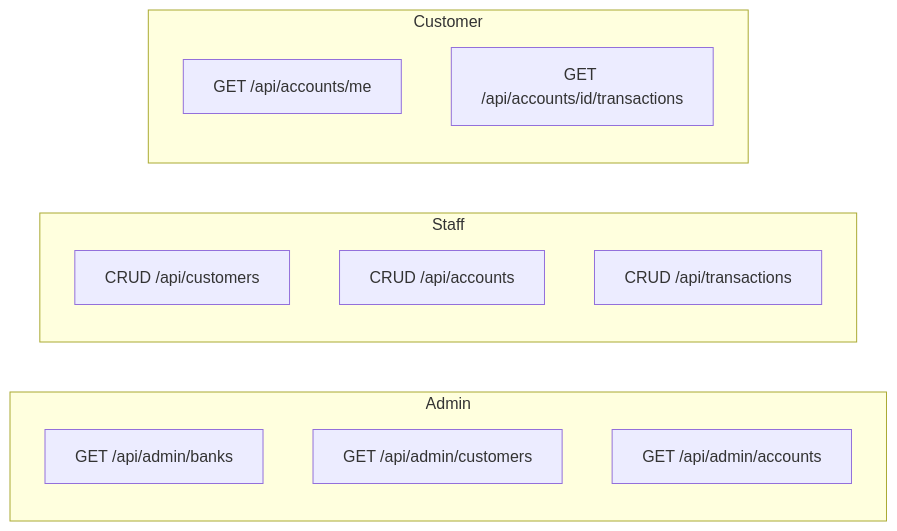
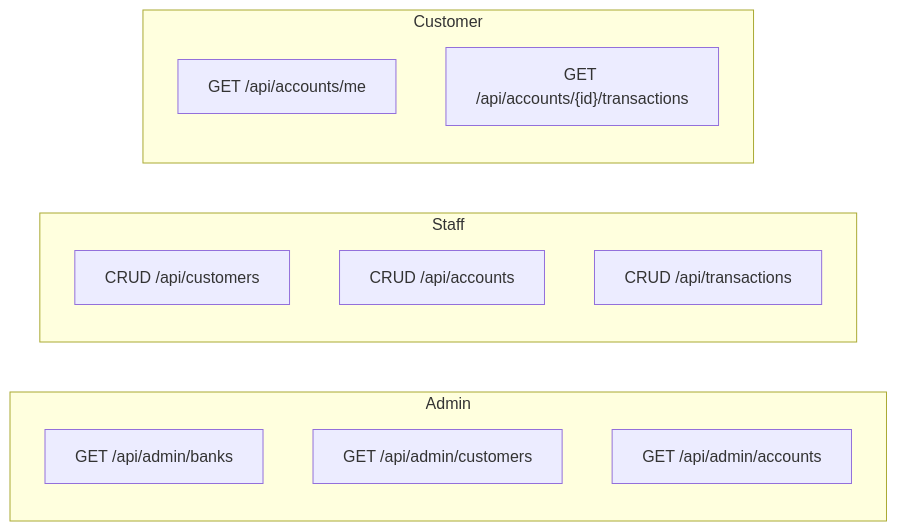
Before and after one commit to SjoenH/efcore-multitenant-dual-dbcontext-demo: the fifth of 6 diagrams in README.md, drawn with Mermaid. The commit also changed other lines of this file, not shown here.

Commit message:
docs: fix stale BankAccessor snippet, Mermaid brace quoting, add AuthService to structure

````diff
--- a/README.md
+++ b/README.md
@@ -171,19 +178,19 @@
 ```mermaid
 flowchart LR
     subgraph Admin
         A1[GET /api/admin/banks]
         A2[GET /api/admin/customers]
         A3[GET /api/admin/accounts]
     end
 
     subgraph Staff
         S1[CRUD /api/customers]
         S2[CRUD /api/accounts]
         S3[CRUD /api/transactions]
     end
 
     subgraph Customer
         C1[GET /api/accounts/me]
-        C2[GET /api/accounts/id/transactions]
+        C2["GET /api/accounts/{id}/transactions"]
     end
 ```
````
